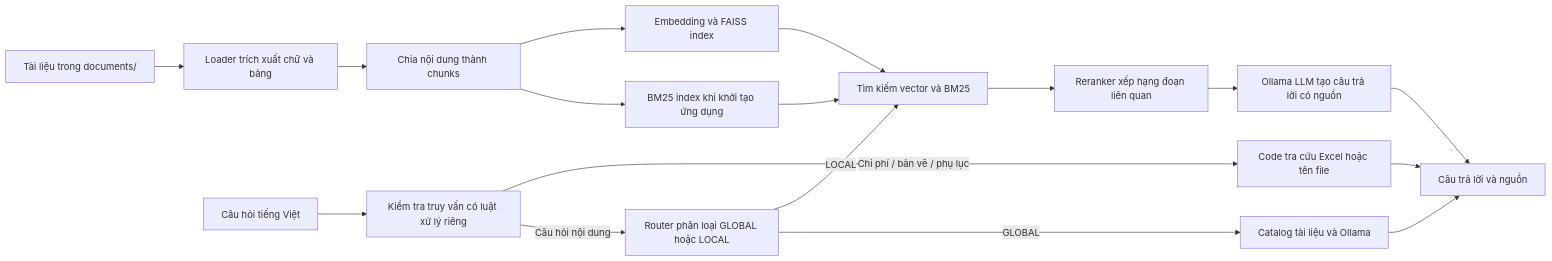
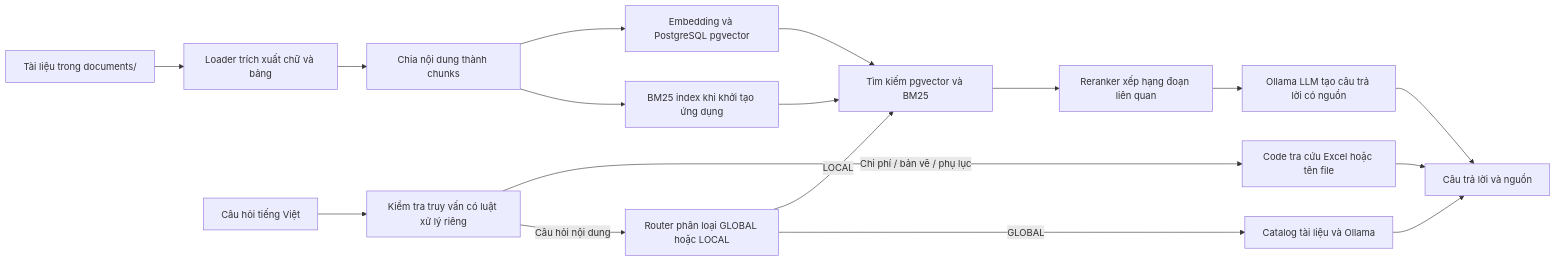
One commit to kennhope13/ProjectLens changed the first of 2 diagrams in README.md. Above: the diagram before and after it, drawn with Mermaid. The commit also changed other lines of this file and 10 other files, not shown here.

Commit message:
Store RAG chunks and embeddings in PostgreSQL

````diff
--- a/README.md
+++ b/README.md
@@ -34,19 +34,19 @@
 ```mermaid
 flowchart LR
     A[Tài liệu trong documents/] --> B[Loader trích xuất chữ và bảng]
     B --> C[Chia nội dung thành chunks]
-    C --> D[Embedding và FAISS index]
+    C --> D[Embedding và PostgreSQL pgvector]
     C --> E[BM25 index khi khởi tạo ứng dụng]
     Q[Câu hỏi tiếng Việt] --> P[Kiểm tra truy vấn có luật xử lý riêng]
     P -->|Chi phí / bản vẽ / phụ lục| V[Code tra cứu Excel hoặc tên file]
     P -->|Câu hỏi nội dung| R[Router phân loại GLOBAL hoặc LOCAL]
-    R -->|LOCAL| S[Tìm kiếm vector và BM25]
+    R -->|LOCAL| S[Tìm kiếm pgvector và BM25]
     R -->|GLOBAL| G[Catalog tài liệu và Ollama]
     D --> S
     E --> S
     S --> T[Reranker xếp hạng đoạn liên quan]
     T --> U[Ollama LLM tạo câu trả lời có nguồn]
     U --> O[Câu trả lời và nguồn]
     G --> O
     V --> O
 ```
````
